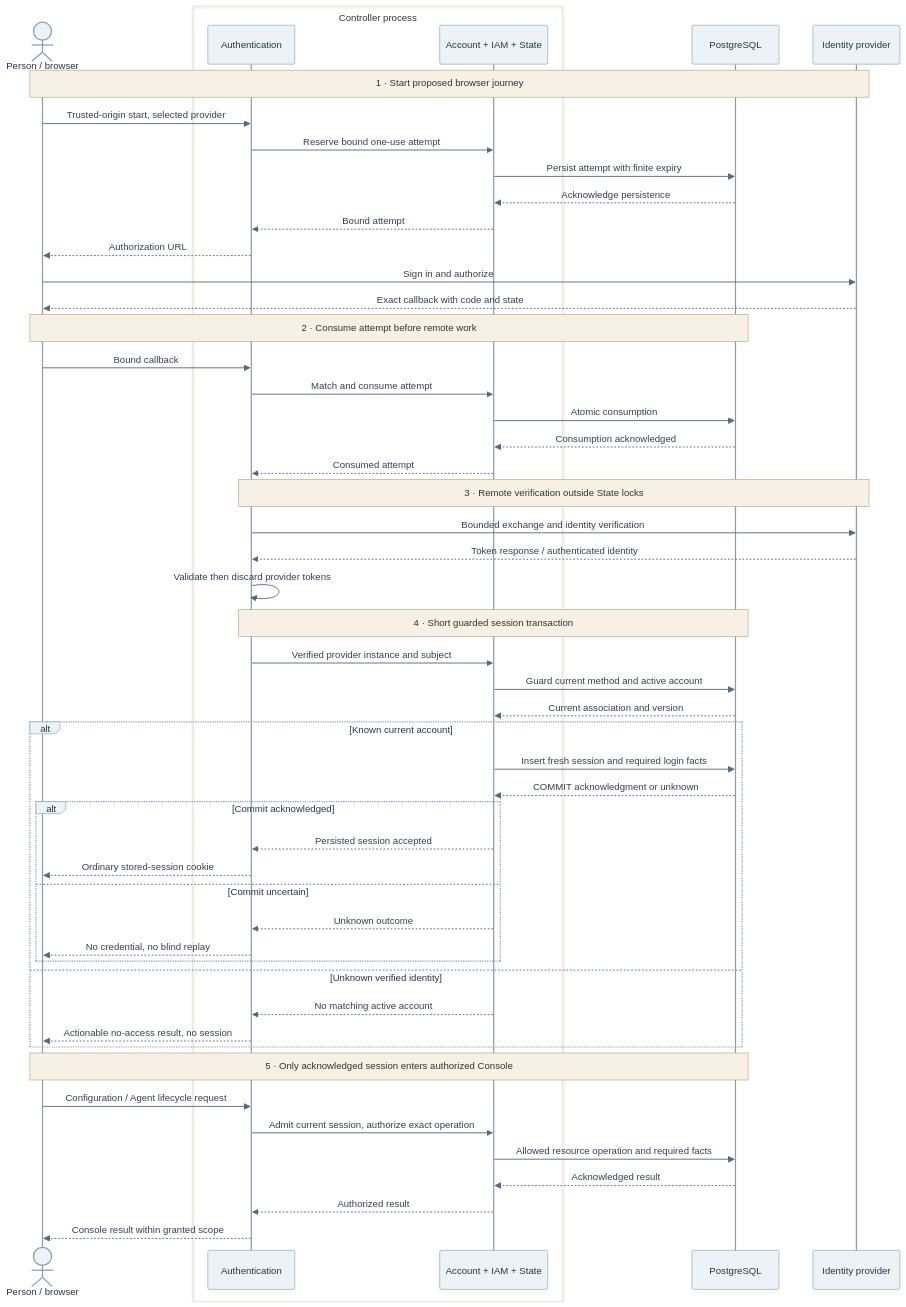
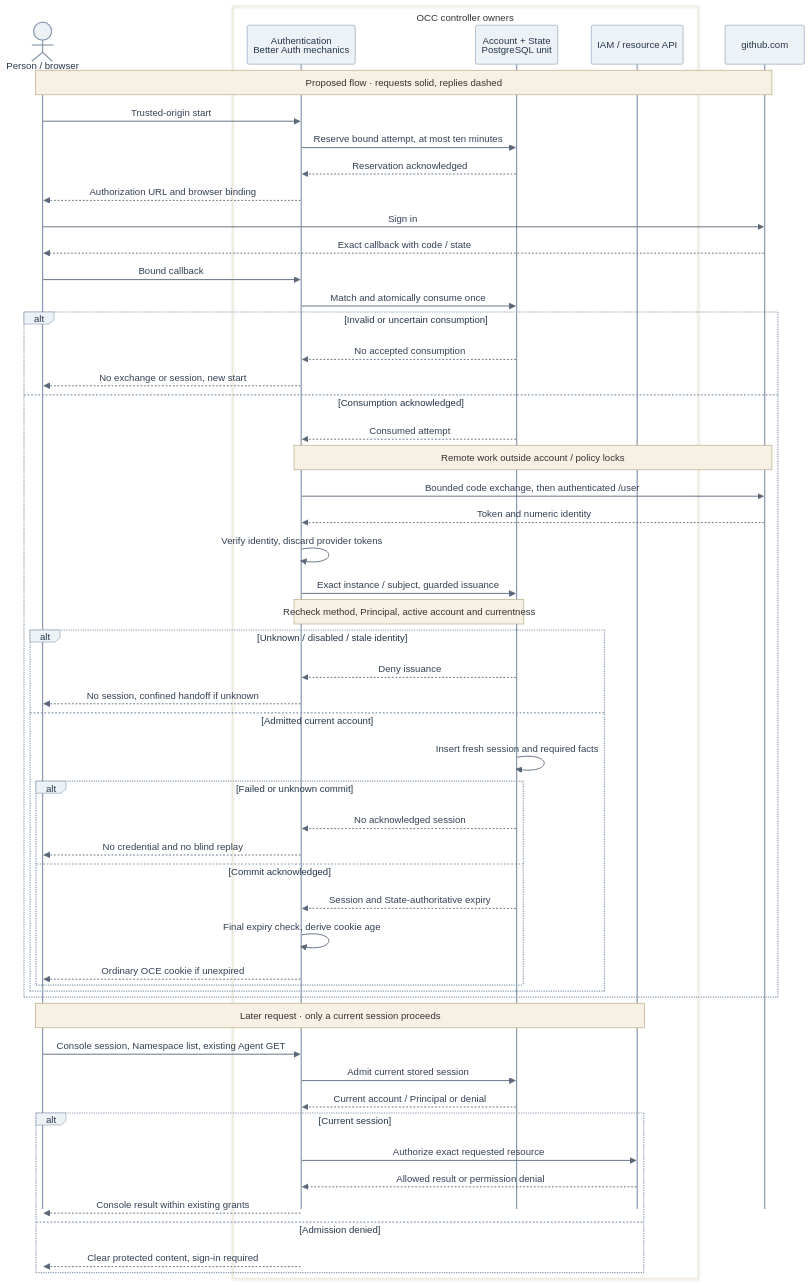
Before and after one commit to IsaiahStapleton/openclaw-enterprise: the diagram in specs/31-human-federated-sign-in/request-lifecycle.mmd, drawn with Mermaid. The commit also changed 8 other files, not shown here.

Commit message:
docs: focus human sign-in on existing-account GitHub login

```diff
--- a/specs/31-human-federated-sign-in/request-lifecycle.mmd
+++ b/specs/31-human-federated-sign-in/request-lifecycle.mmd
@@ -1,72 +1,75 @@
 ---
 config:
   theme: base
+  htmlLabels: true
   themeVariables:
-    fontSize: 16px
+    fontSize: 15px
     actorBkg: "#EDF2F7"
     actorBorder: "#879AB0"
     actorTextColor: "#25364A"
     signalColor: "#596779"
     signalTextColor: "#344054"
     noteBkgColor: "#F7F1E5"
     noteBorderColor: "#B3A078"
   sequence:
-    mirrorActors: true
-    useMaxWidth: false
-    actorMargin: 42
-    width: 145
-    messageMargin: 28
-    noteMargin: 14
+    mirrorActors: false
+    useMaxWidth: true
+    actorMargin: 24
+    width: 132
+    messageMargin: 22
+    noteMargin: 12
 ---
 sequenceDiagram
   actor Browser as Person / browser
-  box Controller process
-    participant Auth as Authentication
-    participant Owners as Account + IAM + State
+  box OCC controller owners
+    participant Auth as Authentication<br/>Better Auth mechanics
+    participant State as Account + State<br/>PostgreSQL unit
+    participant IAM as IAM / resource API
   end
-  participant DB as PostgreSQL
-  participant Provider as Identity provider
-  Note over Browser,Provider: 1 · Start proposed browser journey
-  Browser->>Auth: Trusted-origin start, selected provider
-  Auth->>Owners: Reserve bound one-use attempt
-  Owners->>DB: Persist attempt with finite expiry
-  DB-->>Owners: Acknowledge persistence
-  Owners-->>Auth: Bound attempt
-  Auth-->>Browser: Authorization URL
-  Browser->>Provider: Sign in and authorize
-  Provider-->>Browser: Exact callback with code and state
-  Note over Browser,DB: 2 · Consume attempt before remote work
+  participant GitHub as github.com
+  Note over Browser,GitHub: Proposed flow · requests solid, replies dashed
+  Browser->>Auth: Trusted-origin start
+  Auth->>State: Reserve bound attempt, at most ten minutes
+  State-->>Auth: Reservation acknowledged
+  Auth-->>Browser: Authorization URL and browser binding
+  Browser->>GitHub: Sign in
+  GitHub-->>Browser: Exact callback with code / state
   Browser->>Auth: Bound callback
-  Auth->>Owners: Match and consume attempt
-  Owners->>DB: Atomic consumption
-  DB-->>Owners: Consumption acknowledged
-  Owners-->>Auth: Consumed attempt
-  Note over Auth,Provider: 3 · Remote verification outside State locks
-  Auth->>Provider: Bounded exchange and identity verification
-  Provider-->>Auth: Token response / authenticated identity
-  Auth->>Auth: Validate then discard provider tokens
-  Note over Auth,DB: 4 · Short guarded session transaction
-  Auth->>Owners: Verified provider instance and subject
-  Owners->>DB: Guard current method and active account
-  DB-->>Owners: Current association and version
-  alt Known current account
-    Owners->>DB: Insert fresh session and required login facts
-    DB-->>Owners: COMMIT acknowledgment or unknown
-    alt Commit acknowledged
-      Owners-->>Auth: Persisted session accepted
-      Auth-->>Browser: Ordinary stored-session cookie
-    else Commit uncertain
-      Owners-->>Auth: Unknown outcome
-      Auth-->>Browser: No credential, no blind replay
+  Auth->>State: Match and atomically consume once
+  alt Invalid or uncertain consumption
+    State-->>Auth: No accepted consumption
+    Auth-->>Browser: No exchange or session, new start
+  else Consumption acknowledged
+    State-->>Auth: Consumed attempt
+    Note over Auth,GitHub: Remote work outside account / policy locks
+    Auth->>GitHub: Bounded code exchange, then authenticated /user
+    GitHub-->>Auth: Token and numeric identity
+    Auth->>Auth: Verify identity, discard provider tokens
+    Auth->>State: Exact instance / subject, guarded issuance
+    Note over Auth,State: Recheck method, Principal, active account and currentness
+    alt Unknown / disabled / stale identity
+      State-->>Auth: Deny issuance
+      Auth-->>Browser: No session, confined handoff if unknown
+    else Admitted current account
+      State->>State: Insert fresh session and required facts
+      alt Failed or unknown commit
+        State-->>Auth: No acknowledged session
+        Auth-->>Browser: No credential and no blind replay
+      else Commit acknowledged
+        State-->>Auth: Session and State-authoritative expiry
+        Auth->>Auth: Final expiry check, derive cookie age
+        Auth-->>Browser: Ordinary OCE cookie if unexpired
+      end
     end
-  else Unknown verified identity
-    Owners-->>Auth: No matching active account
-    Auth-->>Browser: Actionable no-access result, no session
   end
-  Note over Browser,DB: 5 · Only acknowledged session enters authorized Console
-  Browser->>Auth: Configuration / Agent lifecycle request
-  Auth->>Owners: Admit current session, authorize exact operation
-  Owners->>DB: Allowed resource operation and required facts
-  DB-->>Owners: Acknowledged result
-  Owners-->>Auth: Authorized result
-  Auth-->>Browser: Console result within granted scope
+  Note over Browser,IAM: Later request · only a current session proceeds
+  Browser->>Auth: Console session, Namespace list, existing Agent GET
+  Auth->>State: Admit current stored session
+  State-->>Auth: Current account / Principal or denial
+  alt Current session
+    Auth->>IAM: Authorize exact requested resource
+    IAM-->>Auth: Allowed result or permission denial
+    Auth-->>Browser: Console result within existing grants
+  else Admission denied
+    Auth-->>Browser: Clear protected content, sign-in required
+  end
```
